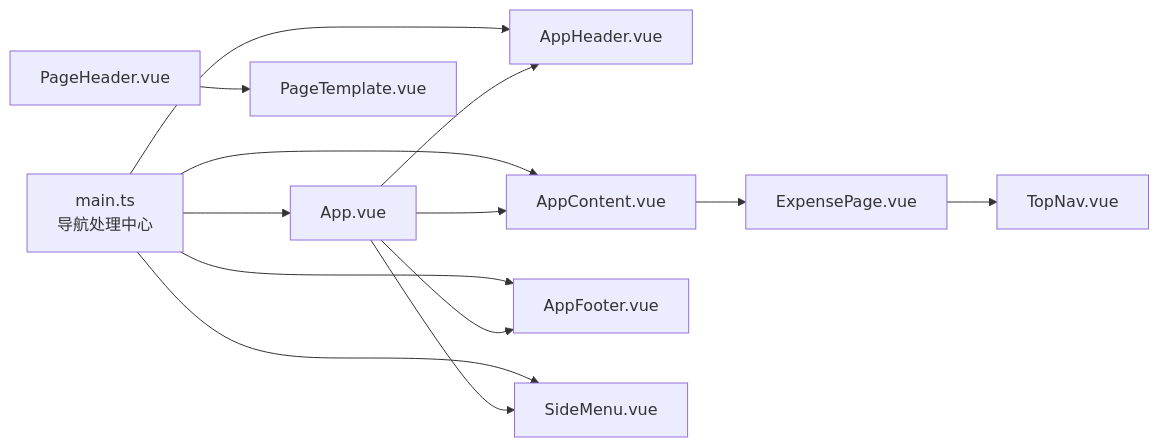
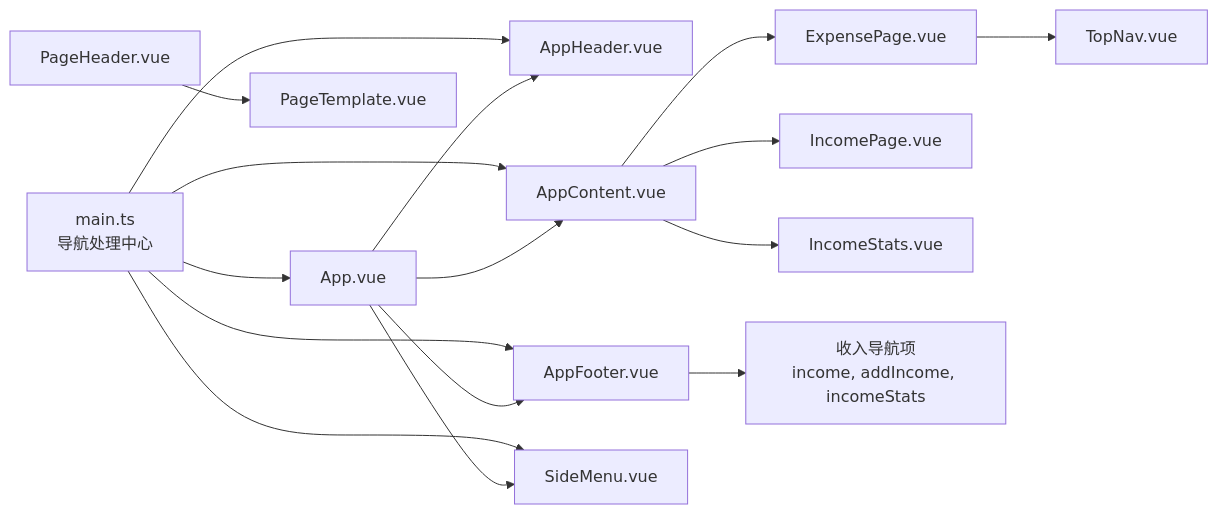
One commit to xiao-lin-unit/yuan changed the seventh of 7 diagrams in .qoder/repowiki/zh/content/UI组件/导航组件.md. Above: the diagram before and after it, drawn with Mermaid. The commit also changed other lines of this file and 62 other files, not shown here.

````diff
--- a/.qoder/repowiki/zh/content/UI组件/导航组件.md
+++ b/.qoder/repowiki/zh/content/UI组件/导航组件.md
@@ -374,15 +408,18 @@
 ```mermaid
 graph LR
 Main["main.ts<br/>导航处理中心"] --> App["App.vue"]
 Main --> AH["AppHeader.vue"]
 Main --> AC["AppContent.vue"]
 Main --> AF["AppFooter.vue"]
 Main --> SM["SideMenu.vue"]
 App --> AH
 App --> AC
 App --> AF
 App --> SM
 AC --> EP["ExpensePage.vue"]
+AC --> IP["IncomePage.vue"]
+AC --> AS["IncomeStats.vue"]
 EP --> TN["TopNav.vue"]
 PH["PageHeader.vue"] --> PT["PageTemplate.vue"]
+AF --> IN["收入导航项<br/>income, addIncome, incomeStats"]
 ```
````
